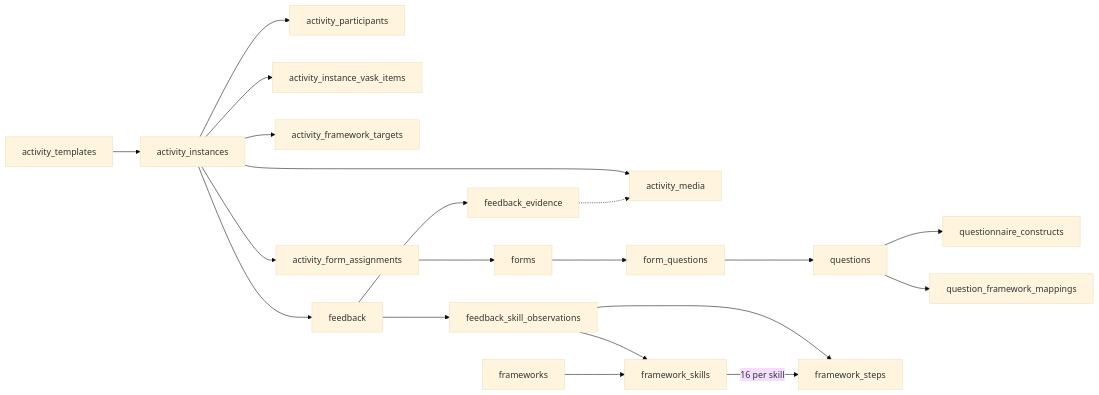
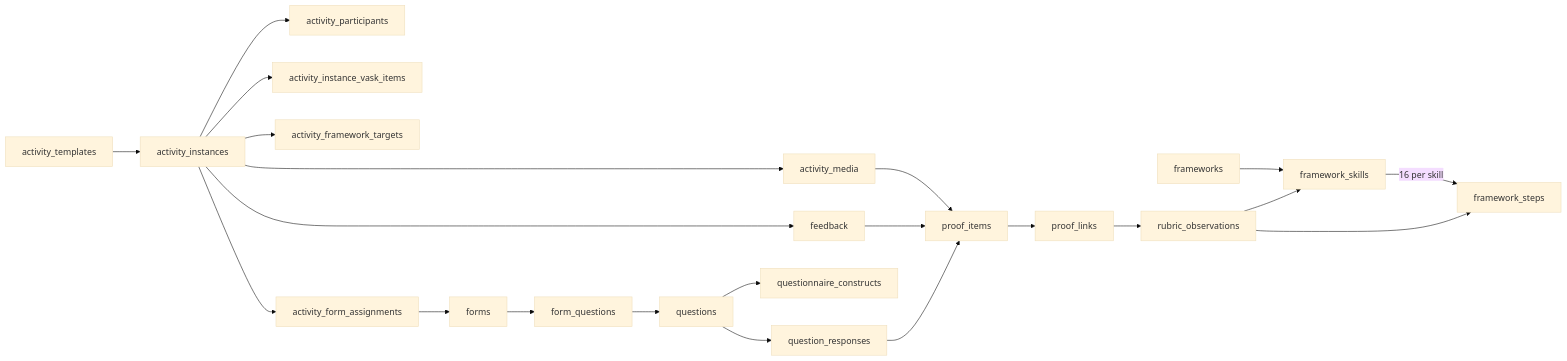
One commit to heison-octopus/testing-port changed the diagram in output/English/Aspects updated.md. Above: the diagram before and after it, drawn with Mermaid (base theme). The commit also changed other lines of this file and 203 other files, not shown here.

````diff
--- a/output/English/Aspects updated.md
+++ b/output/English/Aspects updated.md
@@ -1025,25 +1003,27 @@
 ```mermaid
 flowchart LR
     AT[activity_templates] --> AI[activity_instances]
     AI --> AP[activity_participants]
     AI --> AV[activity_instance_vask_items]
     AI --> AFT[activity_framework_targets]
     AI --> AM[activity_media]
     AI --> AFA[activity_form_assignments]
     AI --> FB[feedback]
 
     F[forms] --> FQ[form_questions]
     FQ --> Q[questions]
     Q --> QC[questionnaire_constructs]
-    Q --> QFM[question_framework_mappings]
+    Q --> QR[question_responses]
+    QR --> PI[proof_items]
 
-    FB --> FE[feedback_evidence]
-    FB --> FSO[feedback_skill_observations]
-    FSO --> FS[framework_skills]
-    FSO --> FST[framework_steps]
+    FB --> PI
+    AM --> PI
+    PI --> PL[proof_links]
+    PL --> RO[rubric_observations]
+    RO --> FS[framework_skills]
+    RO --> FST[framework_steps]
 
     FW[frameworks] --> FS
     FS -->|16 per skill| FST
     AFA --> F
-    FE -.-> AM
 ```
````
